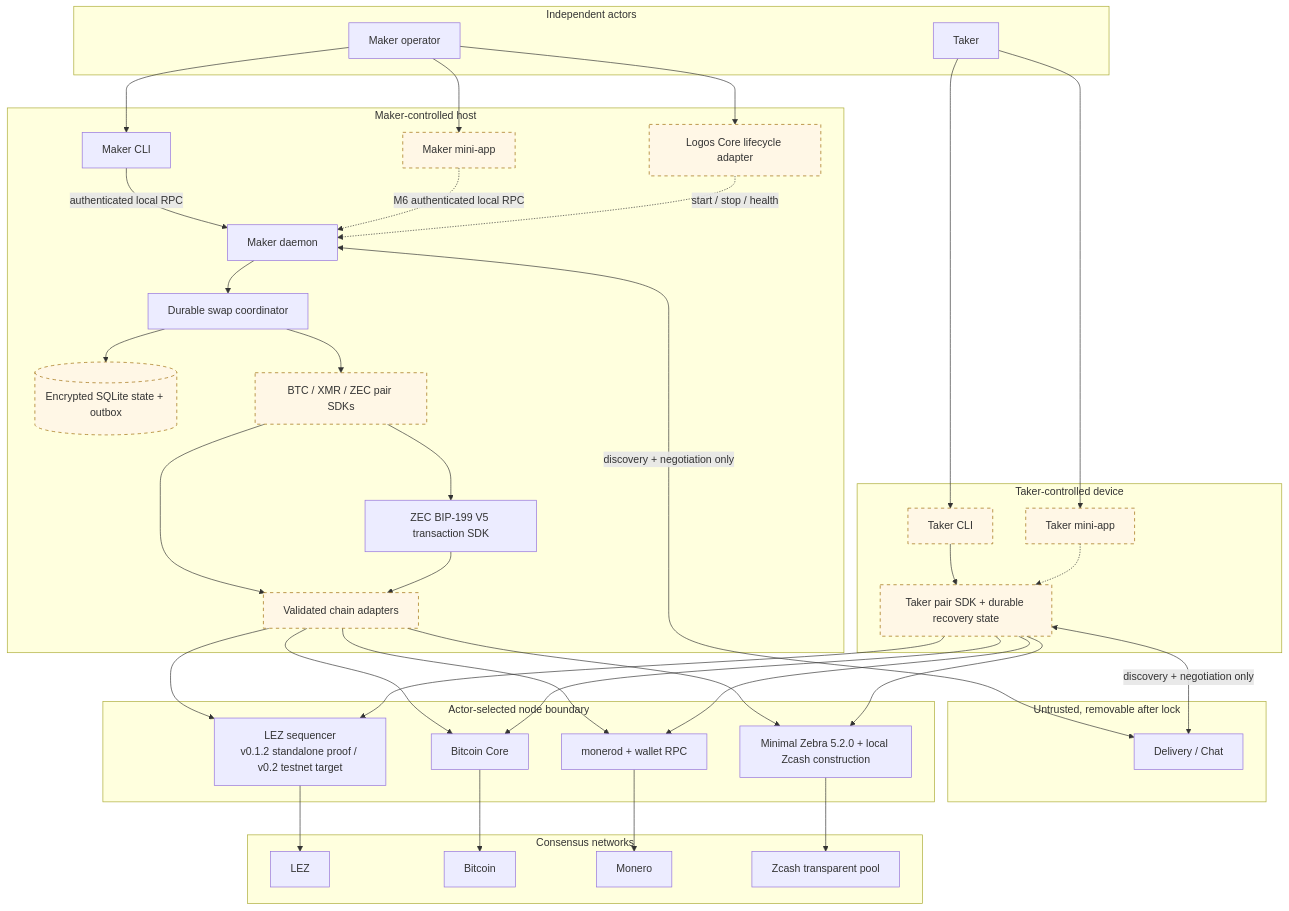
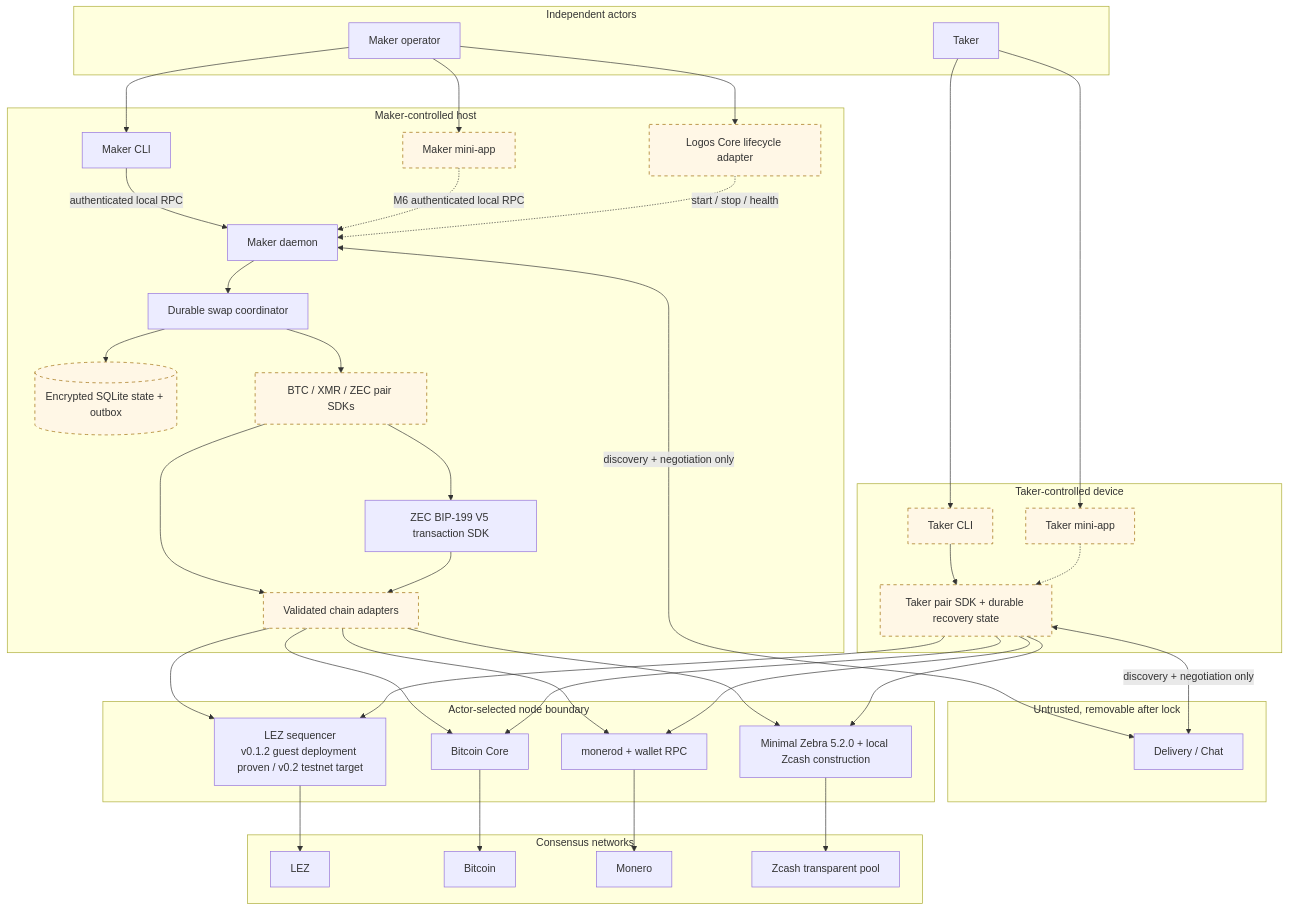
The first of 7 diagrams in docs/architecture/system-architecture.md (gateway-fm/lez-atomic-swaps), drawn with Mermaid before and after one commit. The commit also changed other lines of this file and 18 other files, not shown here.

Commit message:
feat: deploy checked LEZ guest on standalone

````diff
--- a/docs/architecture/system-architecture.md
+++ b/docs/architecture/system-architecture.md
@@ -14,79 +14,79 @@
 ```mermaid
 flowchart TB
     subgraph People["Independent actors"]
         MO["Maker operator"]
         T["Taker"]
     end
 
     subgraph MakerHost["Maker-controlled host"]
         MC["Maker CLI"]
         MM["Maker mini-app"]
         LC["Logos Core lifecycle adapter"]
         MD["Maker daemon"]
         CO["Durable swap coordinator"]
         DB[("Encrypted SQLite state + outbox")]
         PS["BTC / XMR / ZEC pair SDKs"]
         ZTX["ZEC BIP-199 V5 transaction SDK"]
         CA["Validated chain adapters"]
     end
 
     subgraph TakerDevice["Taker-controlled device"]
         TC["Taker CLI"]
         TM["Taker mini-app"]
         TS["Taker pair SDK + durable recovery state"]
     end
 
     subgraph OffChain["Untrusted, removable after lock"]
         DC["Delivery / Chat"]
     end
 
     subgraph Nodes["Actor-selected node boundary"]
-        LEZ["LEZ sequencer<br/>v0.1.2 standalone proof / v0.2 testnet target"]
+        LEZ["LEZ sequencer<br/>v0.1.2 guest deployment proven / v0.2 testnet target"]
         BTC["Bitcoin Core"]
         XMR["monerod + wallet RPC"]
         ZEC["Minimal Zebra 5.2.0 + local Zcash construction"]
     end
 
     subgraph Networks["Consensus networks"]
         LN["LEZ"]
         BN["Bitcoin"]
         XN["Monero"]
         ZN["Zcash transparent pool"]
     end
 
     MO --> MC
     MO --> MM
     MO --> LC
     MC -->|"authenticated local RPC"| MD
     MM -.->|"M6 authenticated local RPC"| MD
     LC -.->|"start / stop / health"| MD
     MD --> CO
     CO --> DB
     CO --> PS
     PS --> ZTX
     PS --> CA
     ZTX --> CA
 
     T --> TC
     T --> TM
     TC --> TS
     TM -.-> TS
 
     MD <-->|"discovery + negotiation only"| DC
     TS <-->|"discovery + negotiation only"| DC
     CA --> LEZ
     CA --> BTC
     CA --> XMR
     CA --> ZEC
     TS --> LEZ
     TS --> BTC
     TS --> XMR
     TS --> ZEC
     LEZ --> LN
     BTC --> BN
     XMR --> XN
     ZEC --> ZN
 
     classDef planned stroke-dasharray: 5 5,fill:#fff7e6,stroke:#9a6700;
     class MM,LC,PS,CA,TC,TM,TS,DB planned;
 ```
````
